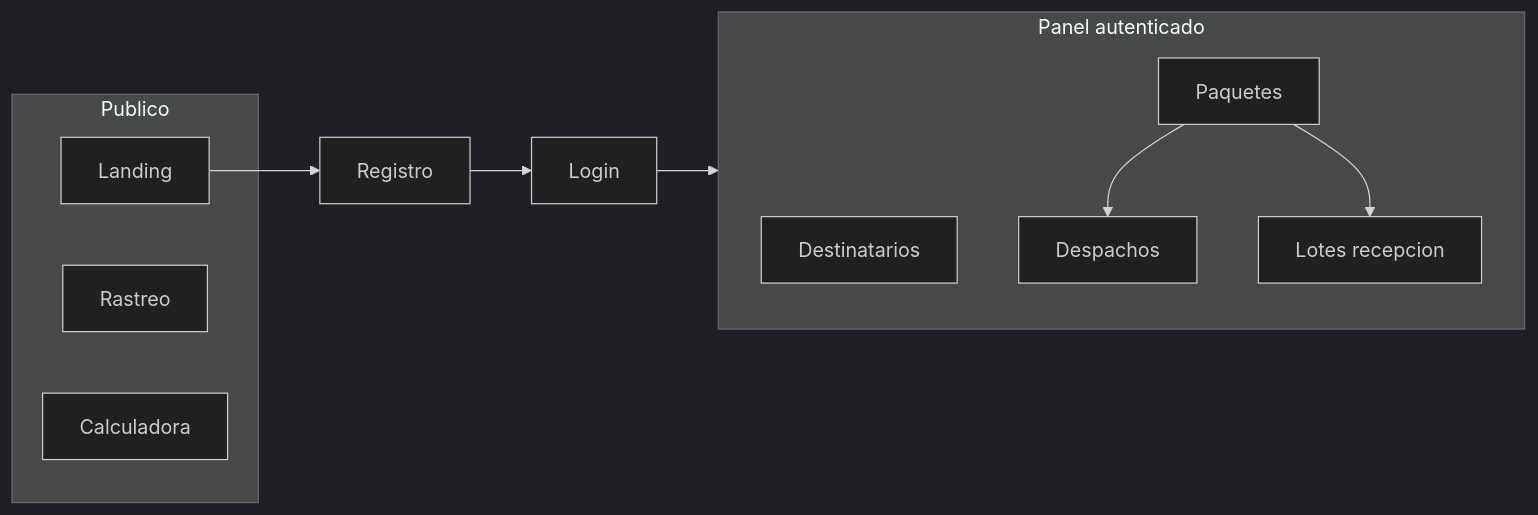
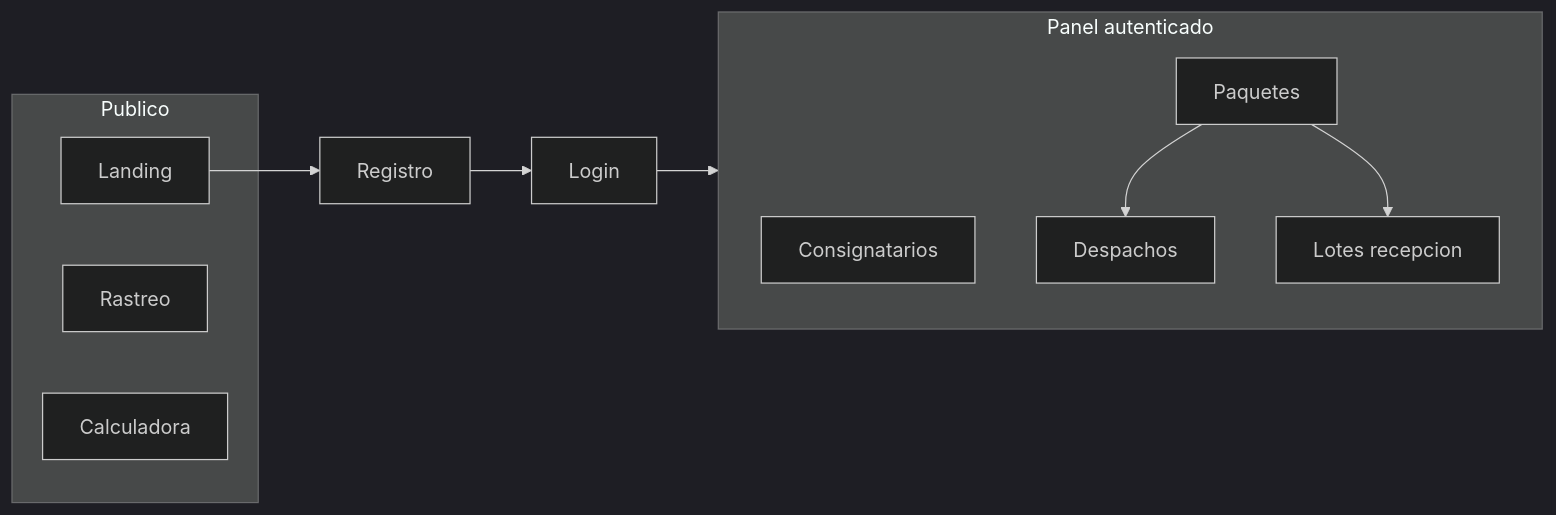
Before and after one commit to BackSet/ecubox: the diagram in docs/usuario/MANUAL_USUARIO.md, drawn with Mermaid (dark theme). The commit also changed other lines of this file and 219 other files, not shown here.

````diff
--- a/docs/usuario/MANUAL_USUARIO.md
+++ b/docs/usuario/MANUAL_USUARIO.md
@@ -270,19 +270,19 @@
 ```mermaid
 flowchart LR
   subgraph publico [Publico]
     Home[Landing]
     Tracking[Rastreo]
     Calc[Calculadora]
   end
   subgraph panel [Panel autenticado]
-    Dest[Destinatarios]
+    Dest[Consignatarios]
     Pq[Paquetes]
     Desp[Despachos]
     Lotes[Lotes recepcion]
   end
   Home --> Registro[Registro]
   Registro --> Login[Login]
   Login --> panel
   Pq --> Desp
   Pq --> Lotes
 ```
````
